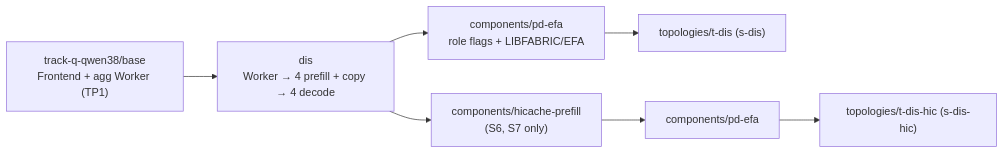
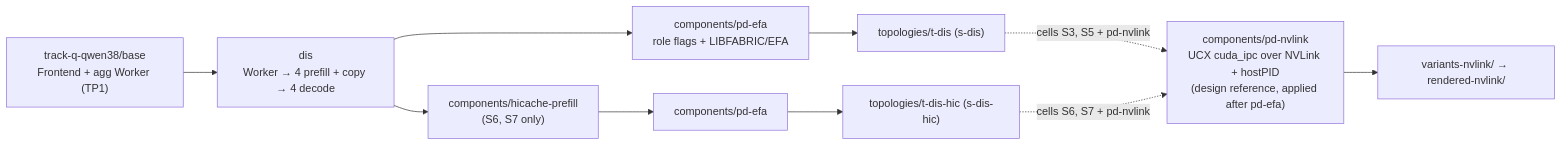
The third of 3 diagrams in docs/optimizations/pd-disaggregation/README.md (aws-samples/sample-optimizing-inference-on-eks-self-hosted-models), drawn with Mermaid before and after one commit. The commit also changed other lines of this file and 13 other files, not shown here.

First line of the commit message:
Update README, deploy and troubleshooting docs, PD guide and the reference architecture figure

````diff
--- a/docs/optimizations/pd-disaggregation/README.md
+++ b/docs/optimizations/pd-disaggregation/README.md
@@ -87,9 +122,13 @@
 ```mermaid
 flowchart LR
   base["track-q-qwen38/base<br/>Frontend + agg Worker (TP1)"]
   dis["dis<br/>Worker → 4 prefill + copy → 4 decode"]
   hic["components/hicache-prefill<br/>(S6, S7 only)"]
   efa["components/pd-efa<br/>role flags + LIBFABRIC/EFA"]
+  nvl["components/pd-nvlink<br/>UCX cuda_ipc over NVLink + hostPID<br/>(design reference, applied after pd-efa)"]
   base --> dis --> efa --> tdis["topologies/t-dis (s-dis)"]
   dis --> hic --> efa2["components/pd-efa"] --> tdishic["topologies/t-dis-hic (s-dis-hic)"]
+  tdis -.->|"cells S3, S5 + pd-nvlink"| nvl
+  tdishic -.->|"cells S6, S7 + pd-nvlink"| nvl
+  nvl --> var["variants-nvlink/ → rendered-nvlink/"]
 ```
````
